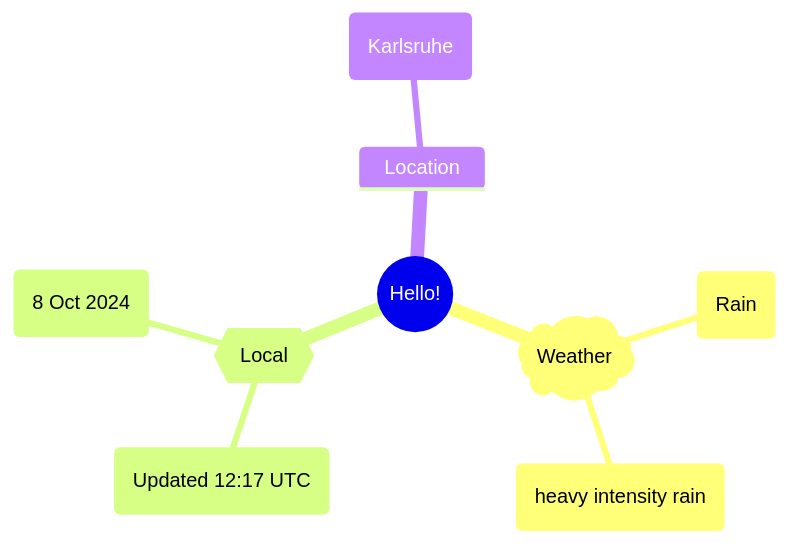
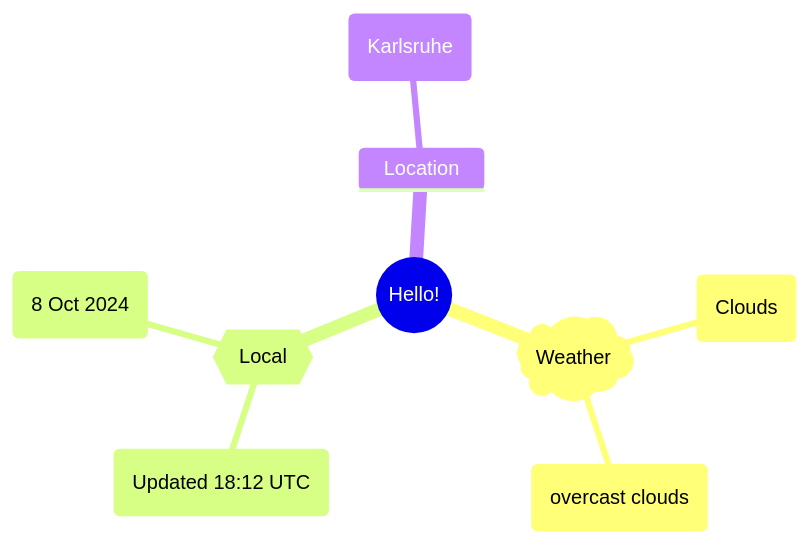
One commit to Xosrov/Xosrov changed the first of 2 diagrams in README.md. Above: the diagram before and after it, drawn with Mermaid.

Commit message:
[bot] updated images

````diff
--- a/README.md
+++ b/README.md
@@ -3,12 +3,12 @@
 ```mermaid
 mindmap
   root((Hello!))
     )Weather(
-        (Rain)
-        (heavy intensity rain)
+        (Clouds)
+        (overcast clouds)
     {{Local}}
-        (Updated 12:17 UTC)
+        (Updated 18:12 UTC)
         (8 Oct 2024)
     Location
         (Karlsruhe)
 ```
````
